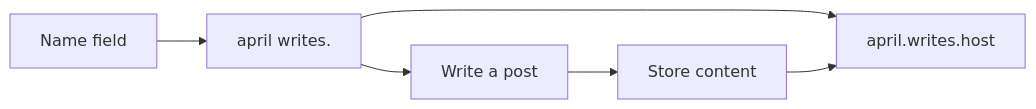
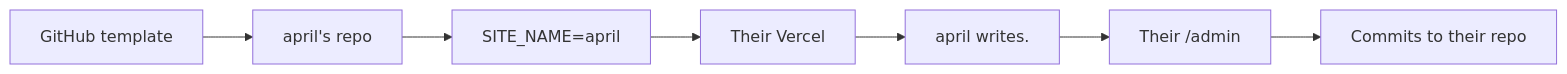
One commit to apandji/pandji-writes changed the diagram in the-future-product.md. Above: the diagram before and after it, drawn with Mermaid. The commit also changed other lines of this file and 2 other files, not shown here.

First line of the commit message:
Reframe product fork as an open-source class gift

````diff
--- a/the-future-product.md
+++ b/the-future-product.md
@@ -15,8 +13,9 @@
 ```mermaid
 flowchart LR
-  nameField["Name field"] --> claim["april writes."]
-  claim --> publicSite["april.writes.host"]
-  claim --> editor["Write a post"]
-  editor --> db["Store content"]
-  db --> publicSite
+  template["GitHub template"] --> fork["april's repo"]
+  fork --> config["SITE_NAME=april"]
+  config --> deploy["Their Vercel"]
+  deploy --> site["april writes."]
+  site --> admin["Their /admin"]
+  admin --> commit["Commits to their repo"]
 ```
````
